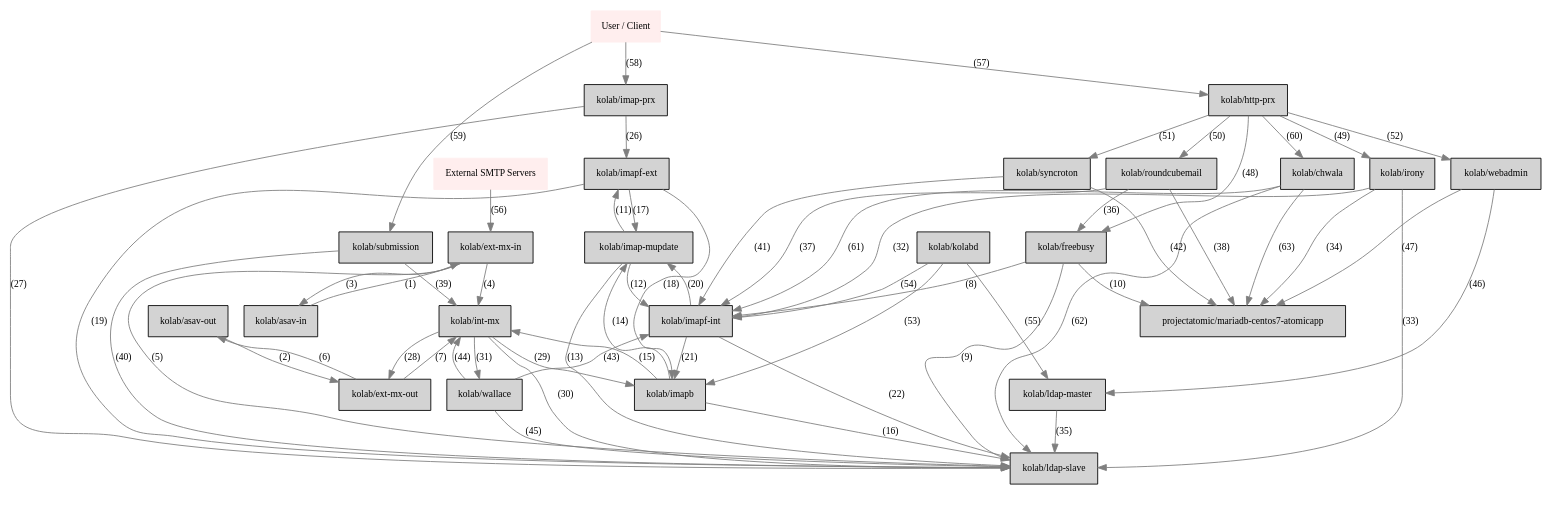
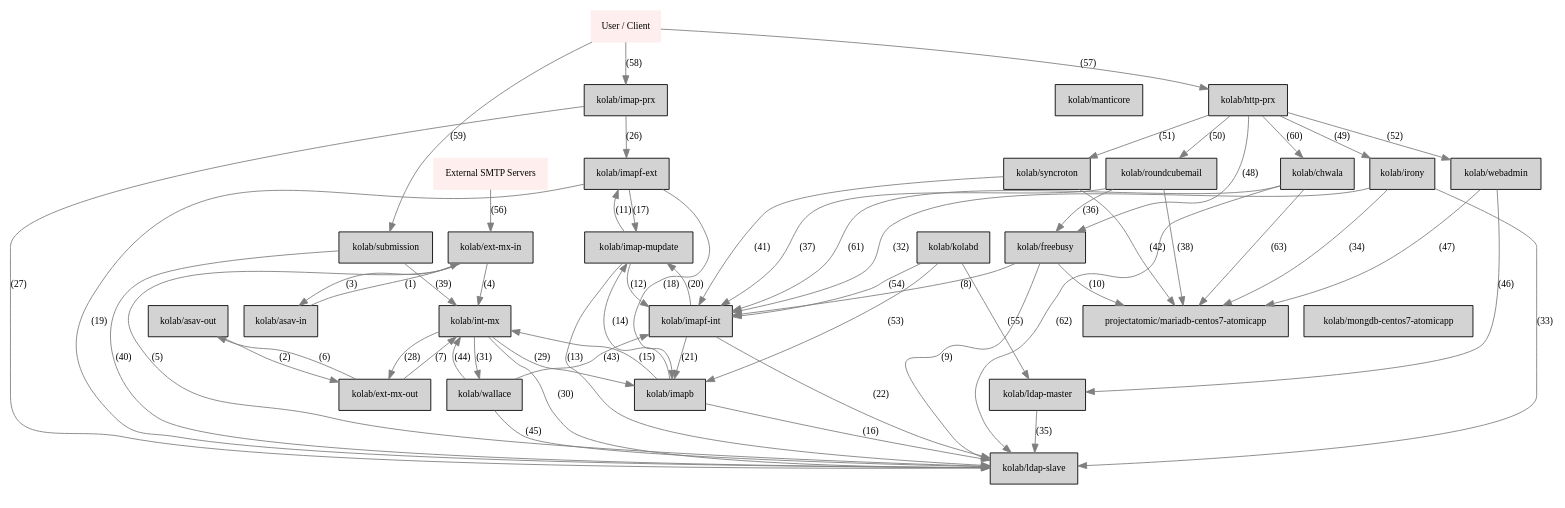
Before and after one commit to kanarip/kolab-atomicapp: the second of 2 diagrams in docs/index.rst, drawn with Graphviz. The commit also changed other lines of this file and 31 other files, not shown here.

```diff
--- a/docs/index.rst
+++ b/docs/index.rst
@@ -136,6 +145,7 @@
             subgraph cluster_db {
                     color = "white";
 
+                    "kolab/mongdb-centos7-atomicapp";
                     "projectatomic/mariadb-centos7-atomicapp";
                 }
 
@@ -182,6 +192,7 @@
                     "kolab/freebusy";
                     "kolab/http-prx";
                     "kolab/irony";
+                    "kolab/manticore";
                     "kolab/roundcubemail";
                     "kolab/syncroton";
                     "kolab/webadmin";
```
